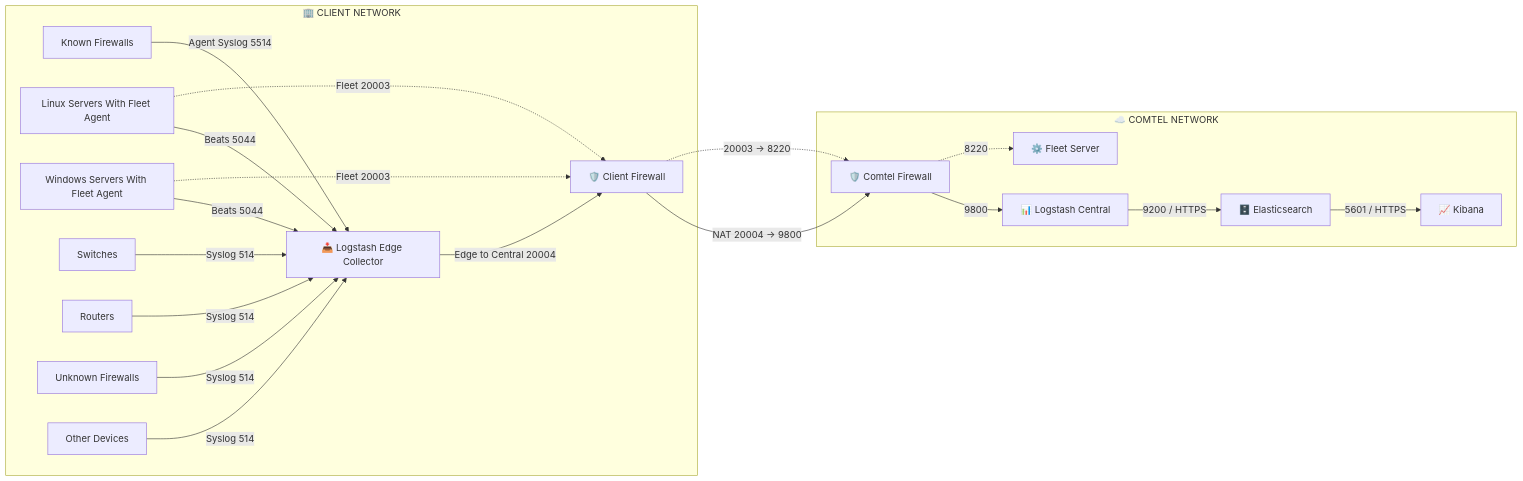
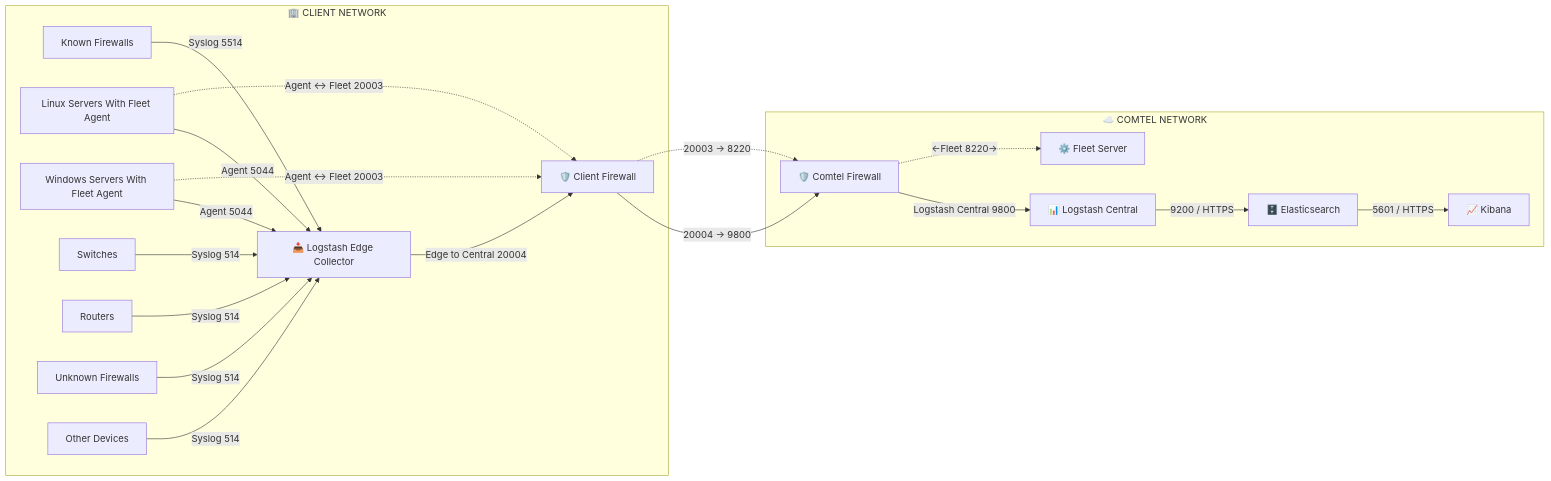
The diagram in README.md (bhautik-comtel/ELK-config), drawn with Mermaid before and after one commit. The commit also changed other lines of this file, not shown here.

````diff
--- a/README.md
+++ b/README.md
@@ -59,62 +59,62 @@
 ```mermaid
 flowchart LR
 
 %% =========================
 %% CLIENT NETWORK
 %% =========================
 subgraph CLIENT["🏢 CLIENT NETWORK"]
 
     KFW["Known Firewalls"]
     LNX["Linux Servers With Fleet Agent"]
     WIN["Windows Servers With Fleet Agent"]
     SW["Switches"]
     RTR["Routers"]
     UFW["Unknown Firewalls"]
     OTH["Other Devices"]
 
     EDGE["📥 Logstash Edge Collector"]
 
-    KFW -->|"Agent Syslog 5514"| EDGE
-    LNX -->|"Beats 5044"| EDGE
-    WIN -->|"Beats 5044"| EDGE
+    KFW -->|"Syslog 5514"| EDGE
+    LNX -->|"Agent 5044"| EDGE
+    WIN -->|"Agent 5044"| EDGE
     SW -->|"Syslog 514"| EDGE
     RTR -->|"Syslog 514"| EDGE
     UFW -->|"Syslog 514"| EDGE
     OTH -->|"Syslog 514"| EDGE
 
     CFW["🛡️ Client Firewall"]
 
     EDGE -->|"Edge to Central 20004"| CFW
 
-    LNX -.->|"Fleet 20003"| CFW
-    WIN -.->|"Fleet 20003"| CFW
+    LNX -.->|"Agent <-> Fleet 20003"| CFW
+    WIN -.->|"Agent <-> Fleet 20003"| CFW
 end
 
 %% =========================
 %% COMTEL NETWORK
 %% =========================
 subgraph COMTEL["☁️ COMTEL NETWORK"]
 
     COMFW["🛡️ Comtel Firewall"]
 
     CENTRAL["📊 Logstash Central"]
 
     FLEET["⚙️ Fleet Server"]
 
     ES["🗄️ Elasticsearch"]
 
     KB["📈 Kibana"]
 
-    COMFW -->|"9800"| CENTRAL
+    COMFW -->|"Logstash Central 9800"| CENTRAL
 
     CENTRAL -->|"9200 / HTTPS"| ES
 
     ES -->|"5601 / HTTPS"| KB
 
-    COMFW -.->|"8220"| FLEET
+    COMFW -.->|"<-Fleet 8220->"| FLEET
 end
 
-CFW -->|"NAT 20004 → 9800"| COMFW
+CFW -->|"20004 → 9800"| COMFW
 
 CFW -.->|"20003 → 8220"| COMFW
 ```
````
